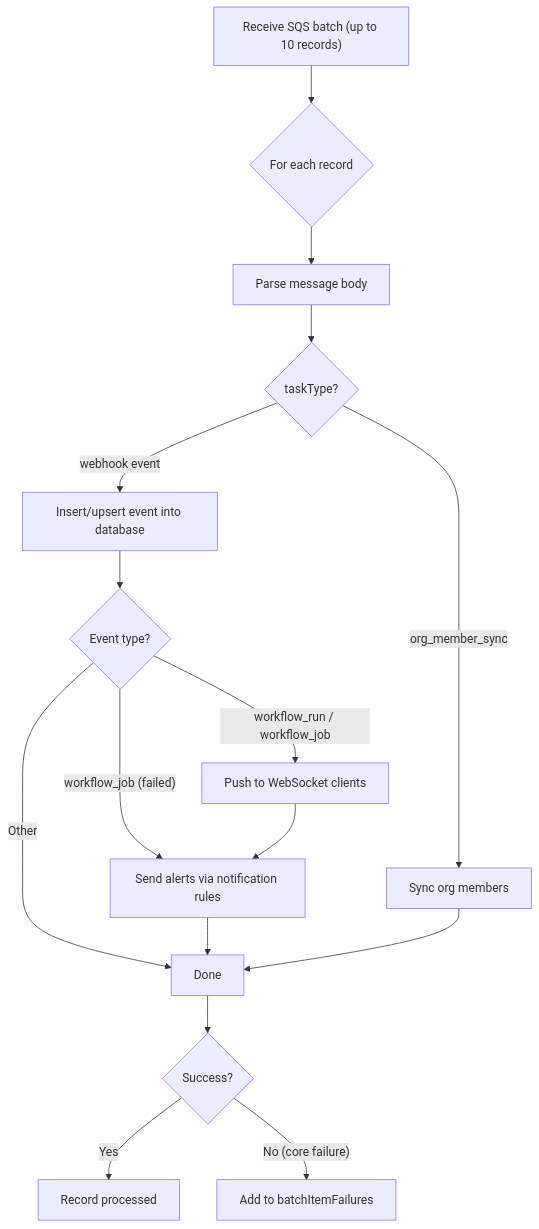
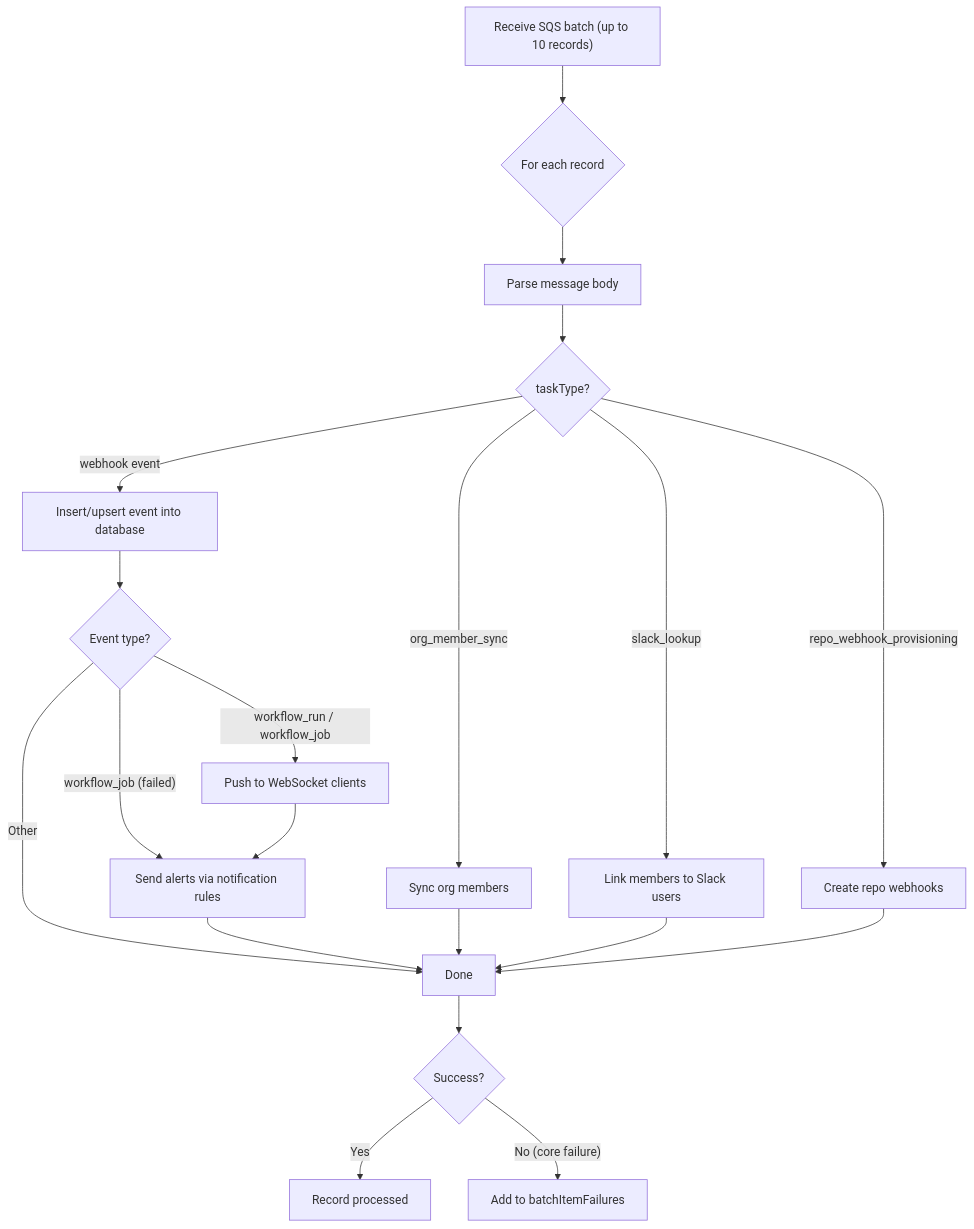
The third of 3 diagrams in apps/docs/docs/technical/webhook-pipeline.md (Mi3-14159/GitGazer), drawn with Mermaid before and after one commit. The commit also changed other lines of this file and 27 other files, not shown here.

````diff
--- a/apps/docs/docs/technical/webhook-pipeline.md
+++ b/apps/docs/docs/technical/webhook-pipeline.md
@@ -104,18 +104,22 @@
 ```mermaid
 flowchart TD
     A["Receive SQS batch (up to 10 records)"] --> B{For each record}
     B --> C["Parse message body"]
     C --> D{taskType?}
     D -- "org_member_sync" --> E["Sync org members"]
+    D -- "slack_lookup" --> E2["Link members to Slack users"]
+    D -- "repo_webhook_provisioning" --> E3["Create repo webhooks"]
     D -- "webhook event" --> F["Insert/upsert event into database"]
     F --> G{Event type?}
     G -- "workflow_run / workflow_job" --> H["Push to WebSocket clients"]
     G -- "workflow_job (failed)" --> I["Send alerts via notification rules"]
     G -- "Other" --> J["Done"]
     H --> I
     I --> J
     E --> J
+    E2 --> J
+    E3 --> J
     J --> K{Success?}
     K -- "Yes" --> L["Record processed"]
     K -- "No (core failure)" --> M["Add to batchItemFailures"]
 ```
````
